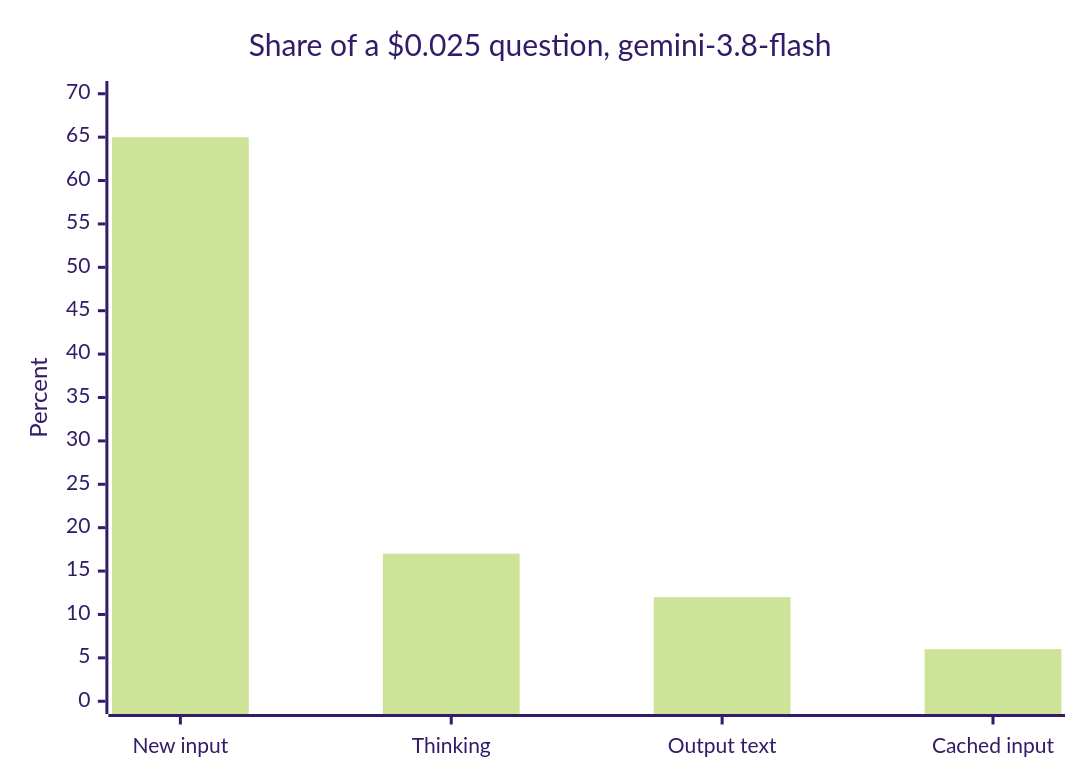
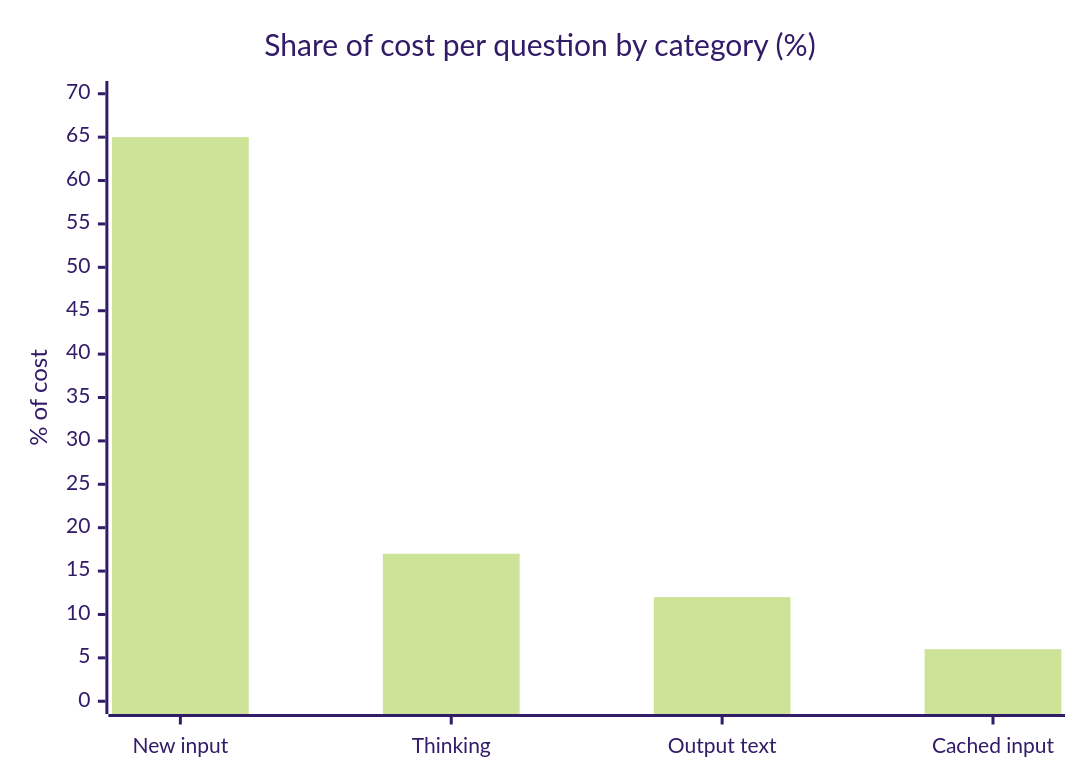
The first of 2 diagrams in docs/cost-case-study.md (istvanvonfedak/sharepoint-knowledge-agent), drawn with Mermaid (forest theme) before and after one commit. The commit also changed other lines of this file and 25 other files, not shown here.

````diff
--- a/docs/cost-case-study.md
+++ b/docs/cost-case-study.md
@@ -121,7 +130,7 @@
 ```mermaid
 xychart-beta
-    title "Share of a $0.025 question, gemini-3.8-flash"
+    title "Share of cost per question by category (%)"
     x-axis ["New input", "Thinking", "Output text", "Cached input"]
-    y-axis "Percent" 0 --> 70
+    y-axis "% of cost" 0 --> 70
     bar [65, 17, 12, 6]
 ```
````
